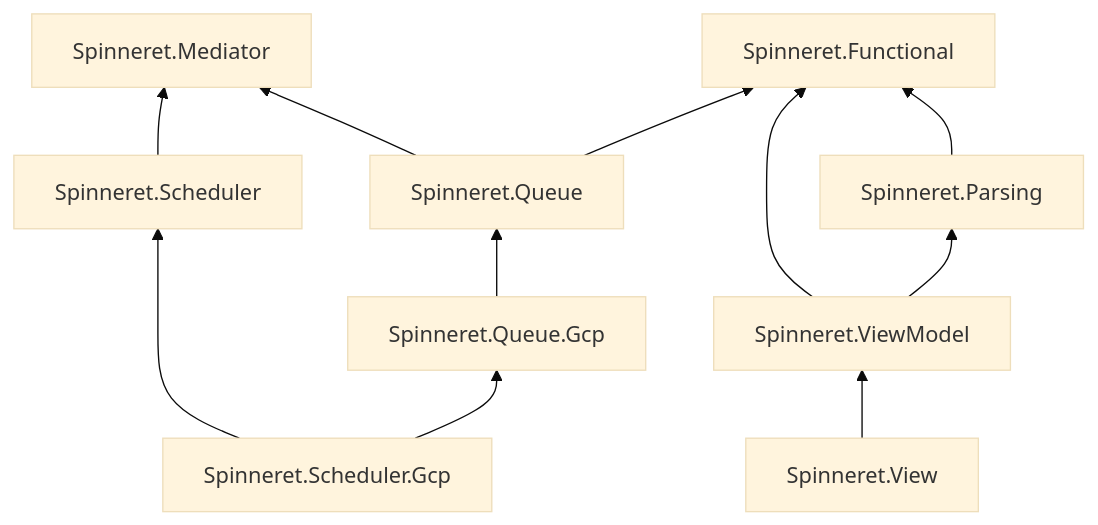
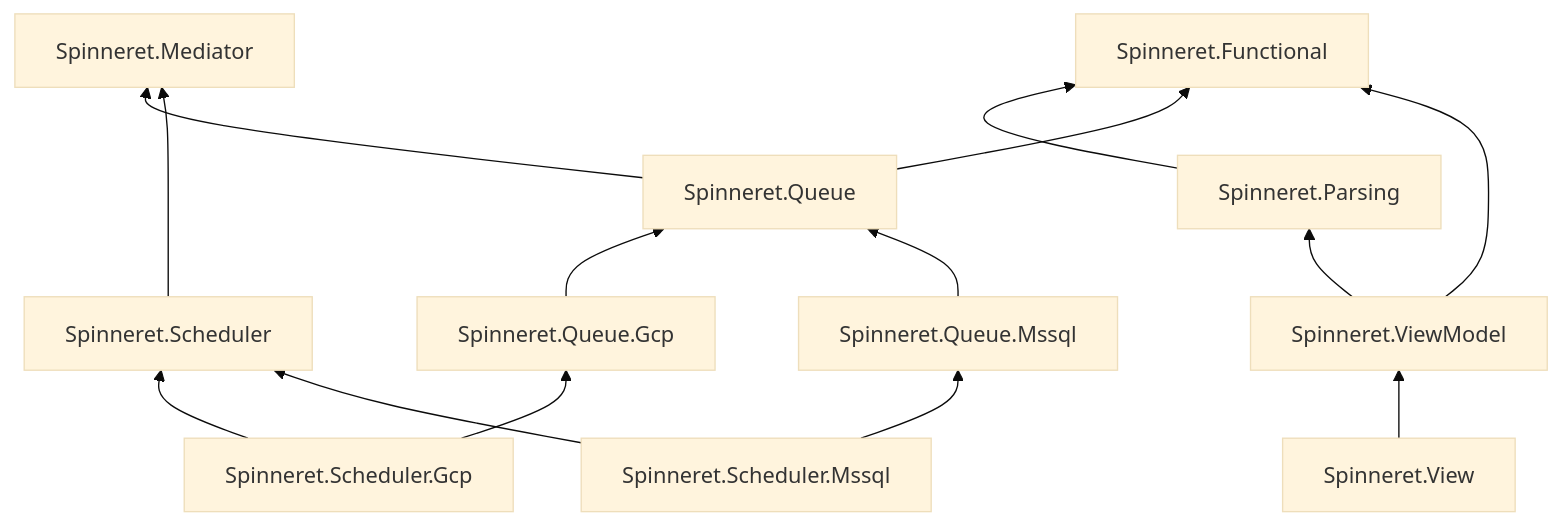
Before and after one commit to spinneret-net/spinneret: the diagram in README.md, drawn with Mermaid (base theme). The commit also changed other lines of this file and 54 other files, not shown here.

Commit message:
feat: add mssql transport for scheduler and queue

````diff
--- a/README.md
+++ b/README.md
@@ -166,12 +170,14 @@
 ```mermaid
 graph BT
   Functional["Spinneret.Functional"]
   Parsing["Spinneret.Parsing"] --> Functional
   Mediator["Spinneret.Mediator"]
   Queue["Spinneret.Queue"] --> Mediator & Functional
+  QueueGcp["Spinneret.Queue.Gcp"] --> Queue
+  QueueMssql["Spinneret.Queue.Mssql"] --> Queue
   Scheduler["Spinneret.Scheduler"] --> Mediator
-  QueueGcp["Spinneret.Queue.Gcp"] --> Queue
   SchedulerGcp["Spinneret.Scheduler.Gcp"] --> Scheduler & QueueGcp
+  SchedulerMssql["Spinneret.Scheduler.Mssql"] --> Scheduler & QueueMssql
   ViewModel["Spinneret.ViewModel"] --> Functional & Parsing
   View["Spinneret.View"] --> ViewModel
 ```
````
